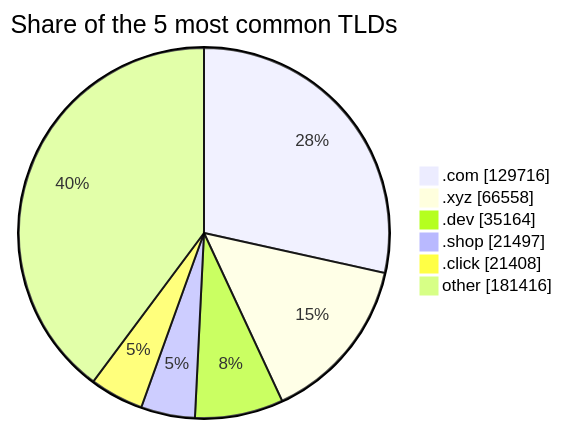
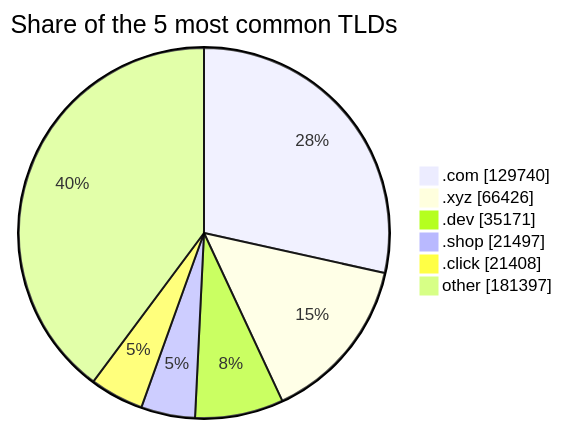
Before and after one commit to DNSBunker/CTI: the third of 3 diagrams in README.md, drawn with Mermaid. The commit also changed other lines of this file and 3 other files, not shown here.

````diff
--- a/README.md
+++ b/README.md
@@ -81,9 +81,9 @@
 ```mermaid
 pie showData title Share of the 5 most common TLDs
-    ".com" : 129716
-    ".xyz" : 66558
-    ".dev" : 35164
+    ".com" : 129740
+    ".xyz" : 66426
+    ".dev" : 35171
     ".shop" : 21497
     ".click" : 21408
-    "other" : 181416
+    "other" : 181397
 ```
````
